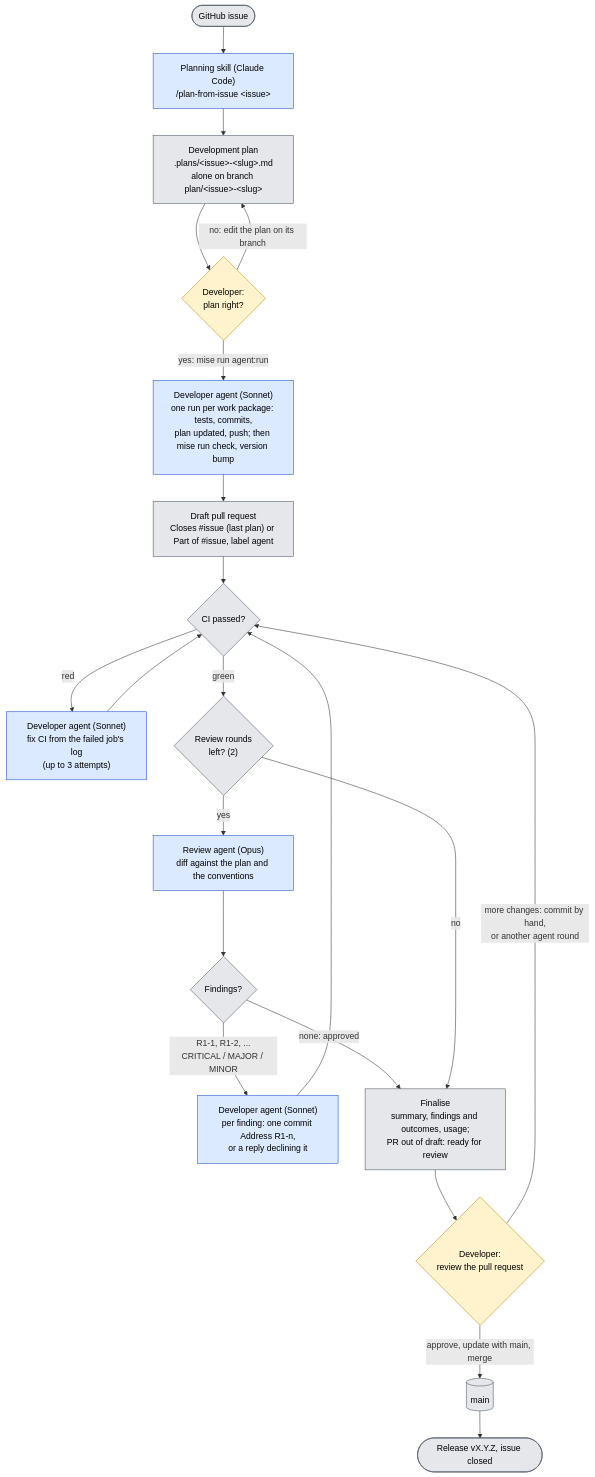
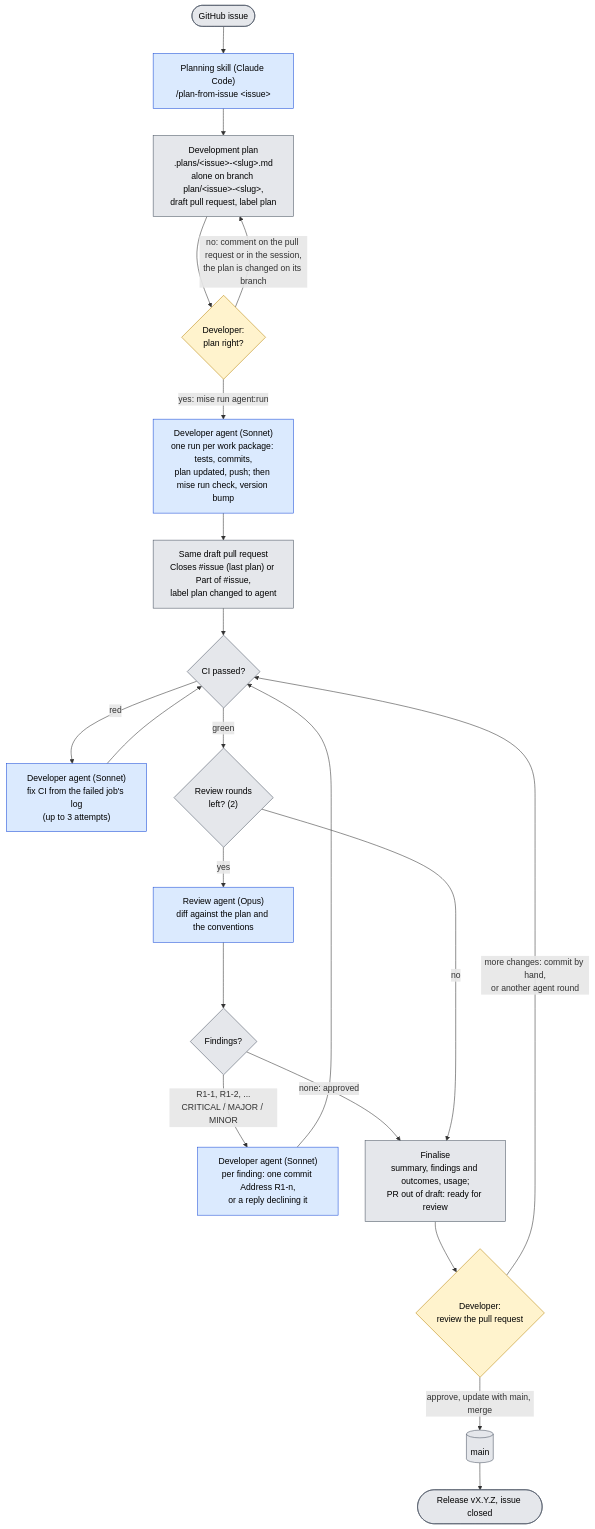
Before and after one commit to ramazangirgin/trading-analysis-platform: the diagram in docs/agentic-development.md, drawn with Mermaid. The commit also changed other lines of this file and 5 other files, not shown here.

First line of the commit message:
Document the plan pull request and bump the version to 4.12.0

````diff
--- a/docs/agentic-development.md
+++ b/docs/agentic-development.md
@@ -10,30 +10,30 @@
 ```mermaid
 flowchart TD
     issue(["GitHub issue"]) --> skill["Planning skill (Claude Code)<br/>/plan-from-issue #lt;issue#gt;"]
-    skill --> plan["Development plan<br/>.plans/#lt;issue#gt;-#lt;slug#gt;.md<br/>alone on branch plan/#lt;issue#gt;-#lt;slug#gt;"]
+    skill --> plan["Development plan<br/>.plans/#lt;issue#gt;-#lt;slug#gt;.md<br/>alone on branch plan/#lt;issue#gt;-#lt;slug#gt;,<br/>draft pull request, label plan"]
     plan --> approvePlan{"Developer:<br/>plan right?"}
-    approvePlan -- "no: edit the plan on its branch" --> plan
+    approvePlan -- "no: comment on the pull request or in the session,<br/>the plan is changed on its branch" --> plan
     approvePlan -- "yes: mise run agent:run" --> implement["Developer agent (Sonnet)<br/>one run per work package: tests, commits,<br/>plan updated, push; then mise run check, version bump"]
-    implement --> draft["Draft pull request<br/>Closes #issue (last plan) or Part of #issue, label agent"]
+    implement --> draft["Same draft pull request<br/>Closes #issue (last plan) or Part of #issue,<br/>label plan changed to agent"]
     draft --> ci{"CI passed?"}
     ci -- "red" --> fixCi["Developer agent (Sonnet)<br/>fix CI from the failed job's log<br/>(up to 3 attempts)"]
     fixCi --> ci
     ci -- "green" --> rounds{"Review rounds<br/>left? (2)"}
     rounds -- "yes" --> review["Review agent (Opus)<br/>diff against the plan and the conventions"]
     review --> findings{"Findings?"}
     findings -- "R1-1, R1-2, ...<br/>CRITICAL / MAJOR / MINOR" --> fix["Developer agent (Sonnet)<br/>per finding: one commit Address R1-n,<br/>or a reply declining it"]
     fix --> ci
     findings -- "none: approved" --> finalise
     rounds -- "no" --> finalise["Finalise<br/>summary, findings and outcomes, usage;<br/>PR out of draft: ready for review"]
     finalise --> reviewPr{"Developer:<br/>review the pull request"}
     reviewPr -- "more changes: commit by hand,<br/>or another agent round" --> ci
     reviewPr -- "approve, update with main, merge" --> main[("main")]
     main --> release(["Release vX.Y.Z, issue closed"])
 
     classDef developer fill:#fff3cd,stroke:#b8860b,color:#000
     classDef agent fill:#dbeafe,stroke:#1d4ed8,color:#000
     classDef github fill:#e5e7eb,stroke:#4b5563,color:#000
     class approvePlan,reviewPr developer
     class skill,implement,fixCi,review,fix agent
     class issue,plan,draft,ci,rounds,findings,finalise,main,release github
 ```
````
